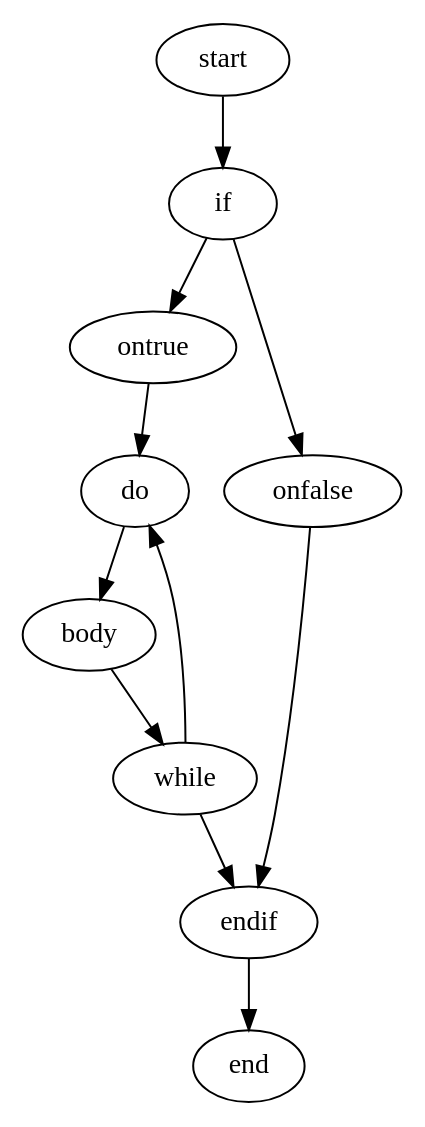
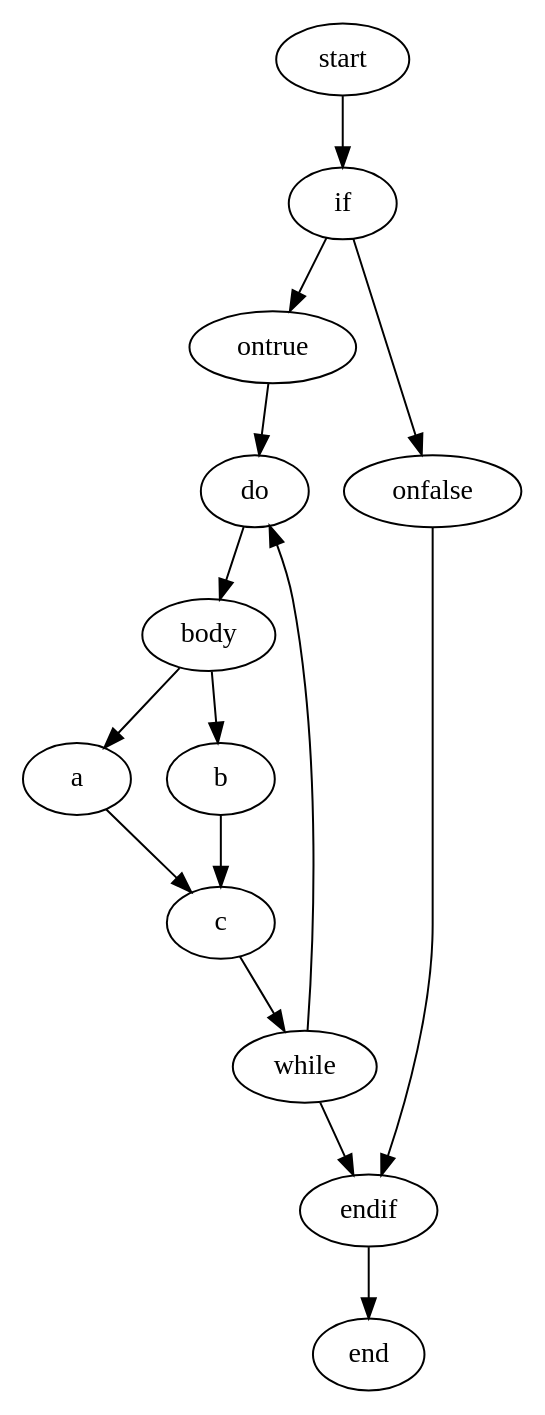
Before and after one commit to jindrapetrik/graphs: the diagram in graphs/dowhile.gv, drawn with Graphviz. The commit also changed 9 other files, not shown here.

```diff
--- a/graphs/dowhile.gv
+++ b/graphs/dowhile.gv
@@ -1,20 +1,22 @@
 digraph pcode {
 start;
 
 start->if;
 
 if->ontrue;
 if->onfalse;
 ontrue->do;
 while->endif;
 onfalse->endif;
 do->body;
-body->while;
+body->a->c;
+body->b->c;
+c->while
 
 while->do;
 
 endif->end;
 
 end;
 
 }
```
